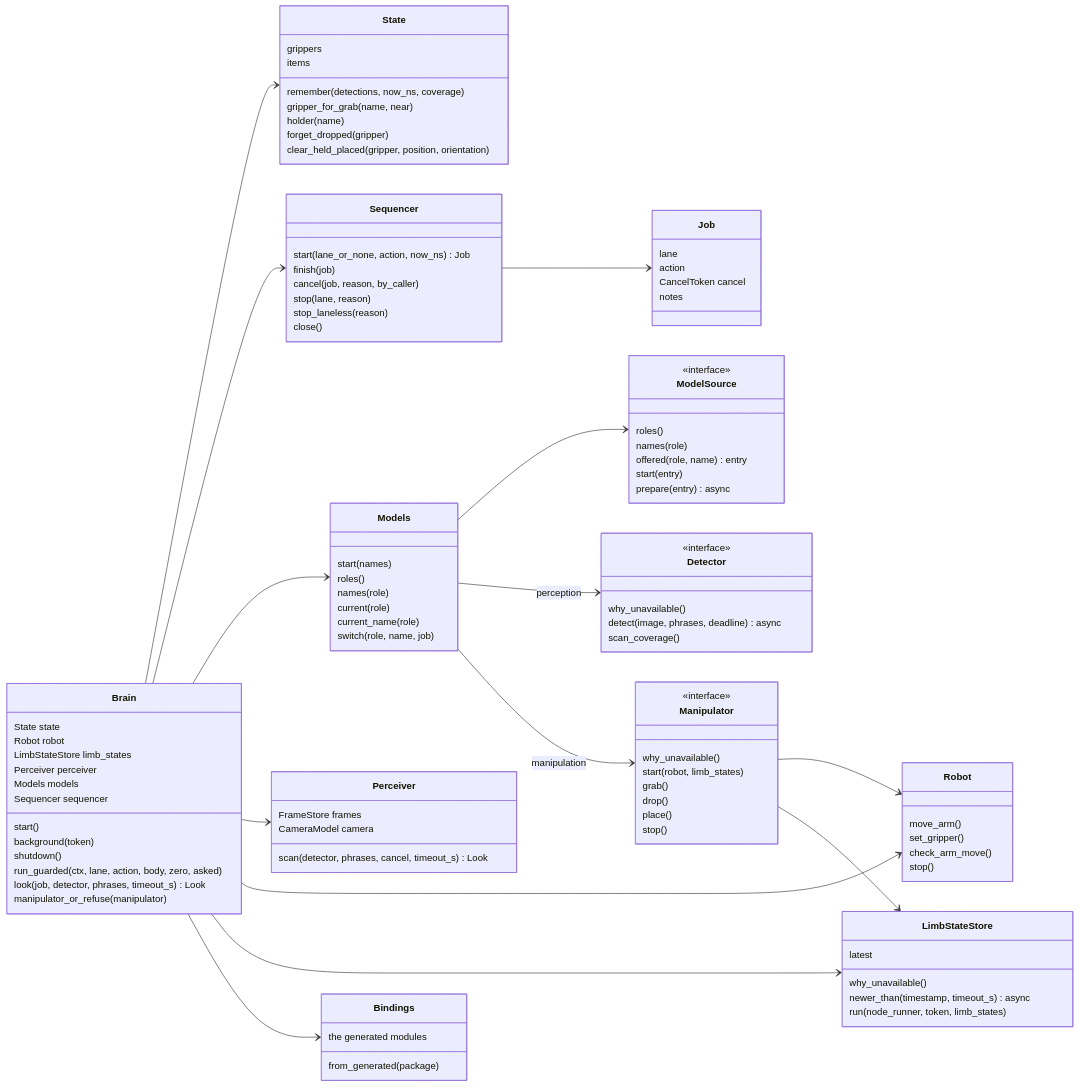
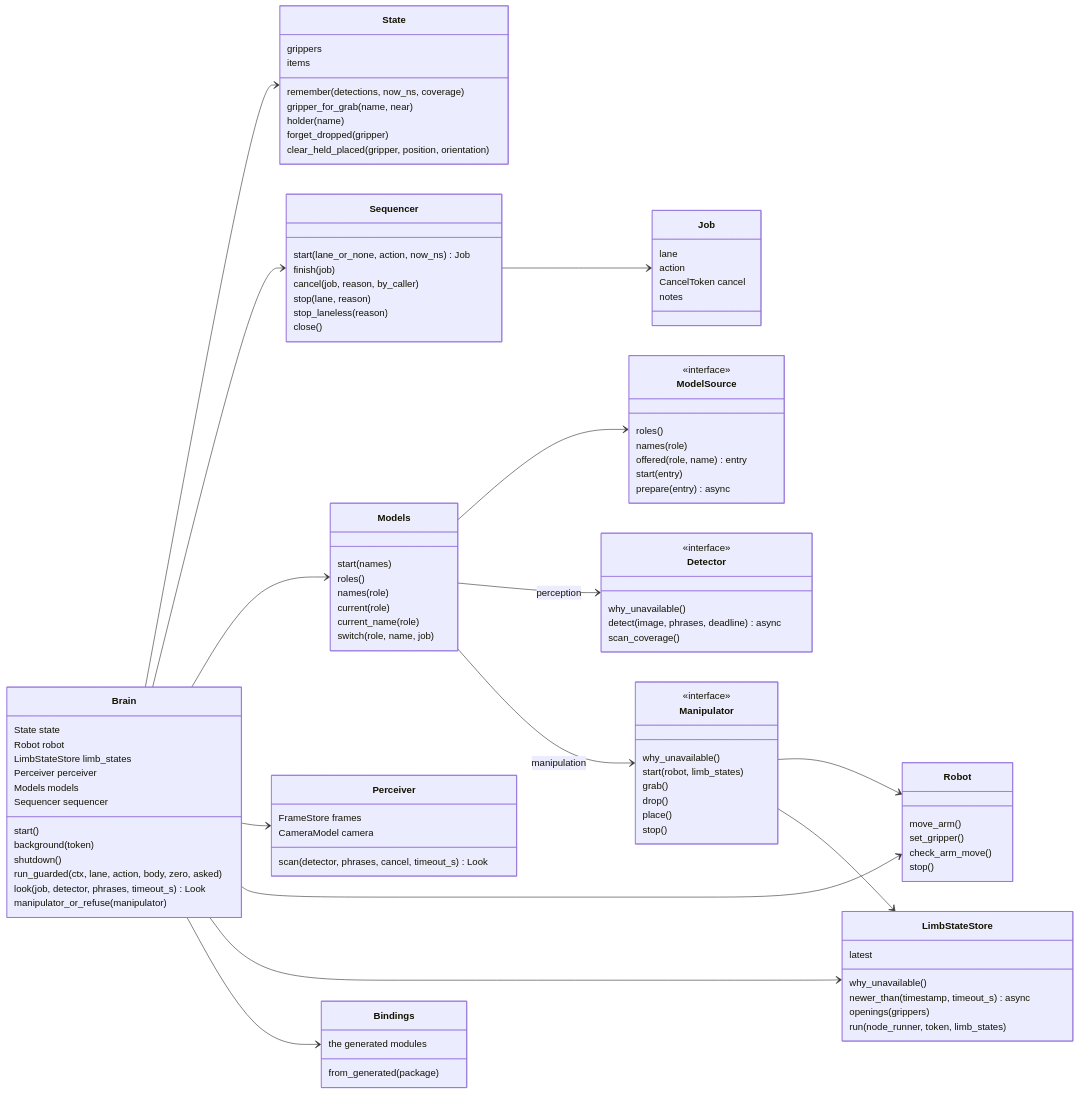
The second of 5 diagrams in brain_core/README.md (Peppy-bot/public-peppy-libs), drawn with Mermaid before and after one commit. The commit also changed other lines of this file and 5 other files, not shown here.

```diff
--- a/brain_core/README.md
+++ b/brain_core/README.md
@@ -211,6 +211,7 @@
         latest
         why_unavailable()
         newer_than(timestamp, timeout_s) async
+        openings(grippers)
         run(node_runner, token, limb_states)
     }
     class Bindings {
```
